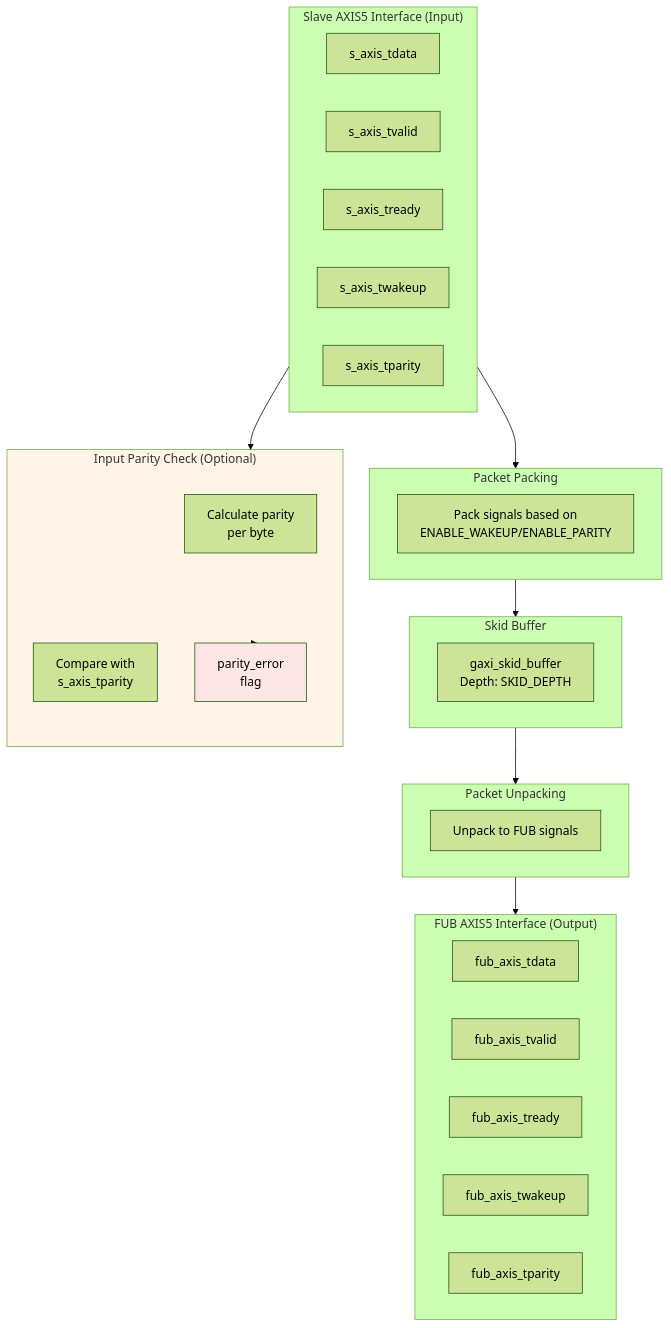
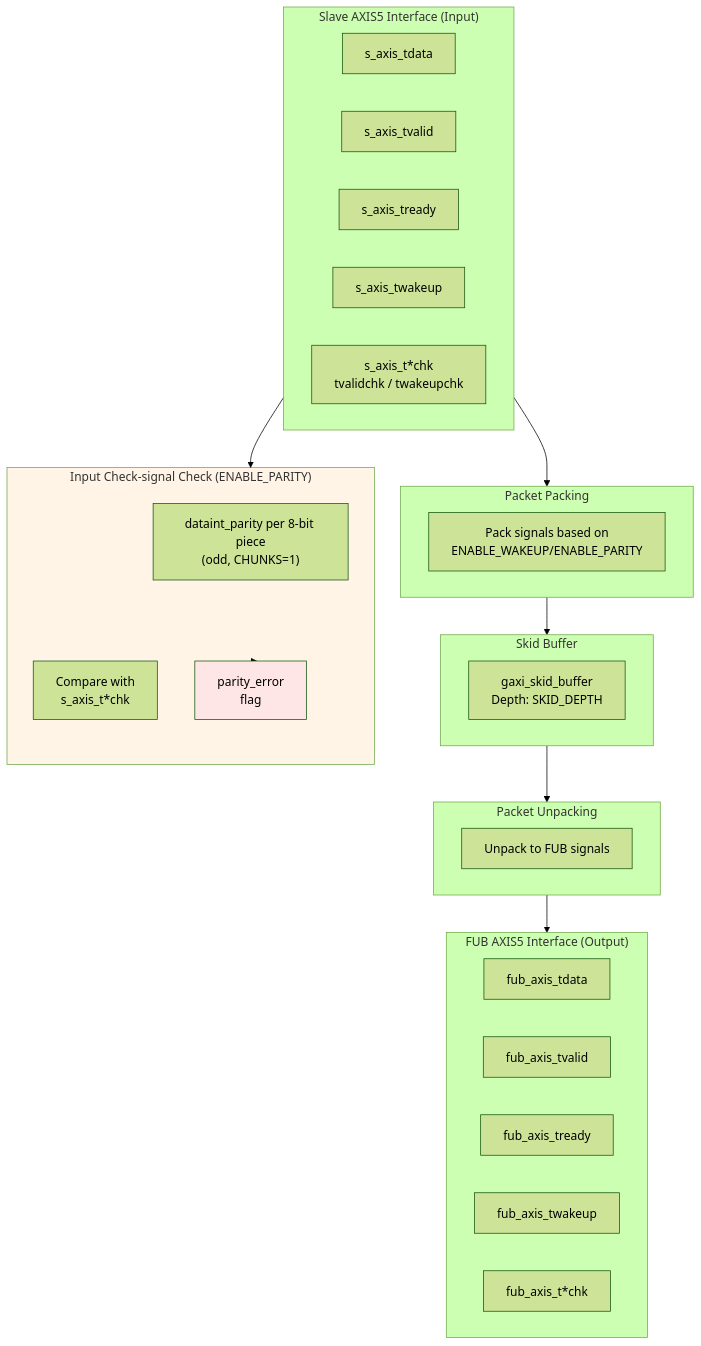
One commit to sean-galloway/RTLDesignSherpa changed the diagram in docs/markdown/rtl-amba/axis5/axis5_slave.md. Above: the diagram before and after it, drawn with Mermaid (forest theme). The commit also changed other lines of this file and 526 other files, not shown here.

````diff
--- a/docs/markdown/rtl-amba/axis5/axis5_slave.md
+++ b/docs/markdown/rtl-amba/axis5/axis5_slave.md
@@ -140,46 +155,46 @@
 ```mermaid
 flowchart TB
     subgraph INPUT["Slave AXIS5 Interface (Input)"]
         s_tdata["s_axis_tdata"]
         s_tvalid["s_axis_tvalid"]
         s_tready["s_axis_tready"]
         s_twakeup["s_axis_twakeup"]
-        s_tparity["s_axis_tparity"]
+        s_tchk["s_axis_t*chk<br/>tvalidchk / twakeupchk"]
     end
 
-    subgraph PARITY_IN["Input Parity Check (Optional)"]
-        calc_in["Calculate parity<br/>per byte"]
-        cmp_in["Compare with<br/>s_axis_tparity"]
+    subgraph PARITY_IN["Input Check-signal Check (ENABLE_PARITY)"]
+        calc_in["dataint_parity per 8-bit piece<br/>(odd, CHUNKS=1)"]
+        cmp_in["Compare with<br/>s_axis_t*chk"]
         err["parity_error<br/>flag"]
     end
 
     subgraph PACK["Packet Packing"]
         pack["Pack signals based on<br/>ENABLE_WAKEUP/ENABLE_PARITY"]
     end
 
     subgraph SKID["Skid Buffer"]
         sb["gaxi_skid_buffer<br/>Depth: SKID_DEPTH"]
     end
 
     subgraph UNPACK["Packet Unpacking"]
         unpack["Unpack to FUB signals"]
     end
 
     subgraph OUTPUT["FUB AXIS5 Interface (Output)"]
         fub_tdata["fub_axis_tdata"]
         fub_tvalid["fub_axis_tvalid"]
         fub_tready["fub_axis_tready"]
         fub_twakeup["fub_axis_twakeup"]
-        fub_tparity["fub_axis_tparity"]
+        fub_tchk["fub_axis_t*chk"]
     end
 
     INPUT --> PARITY_IN
     PARITY_IN --> err
     INPUT --> PACK
     PACK --> SKID
     SKID --> UNPACK
     UNPACK --> OUTPUT
 
     style PARITY_IN fill:#fff4e6
     style err fill:#ffe6e6
 ```
````
